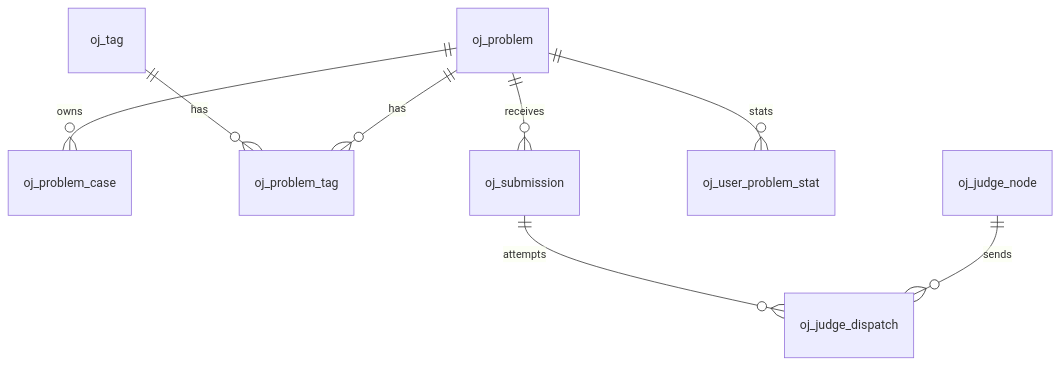
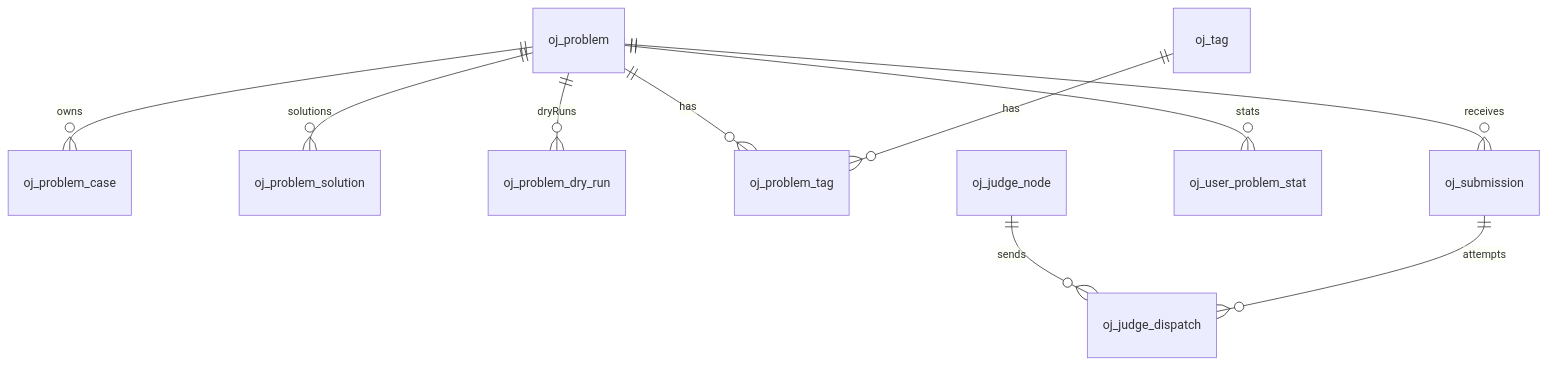
Before and after one commit to jiangbyte/acoj: the first of 2 diagrams in docs/p0-数据库设计.md, drawn with Mermaid. The commit also changed other lines of this file and 163 other files, not shown here.

````diff
--- a/docs/p0-数据库设计.md
+++ b/docs/p0-数据库设计.md
@@ -11,10 +11,12 @@
 ```mermaid
 erDiagram
   oj_problem ||--o{ oj_problem_case : owns
+  oj_problem ||--o{ oj_problem_solution : solutions
+  oj_problem ||--o{ oj_problem_dry_run : dryRuns
   oj_problem ||--o{ oj_problem_tag : has
   oj_tag ||--o{ oj_problem_tag : has
   oj_problem ||--o{ oj_submission : receives
   oj_problem ||--o{ oj_user_problem_stat : stats
   oj_judge_node ||--o{ oj_judge_dispatch : sends
   oj_submission ||--o{ oj_judge_dispatch : attempts
 ```
````
